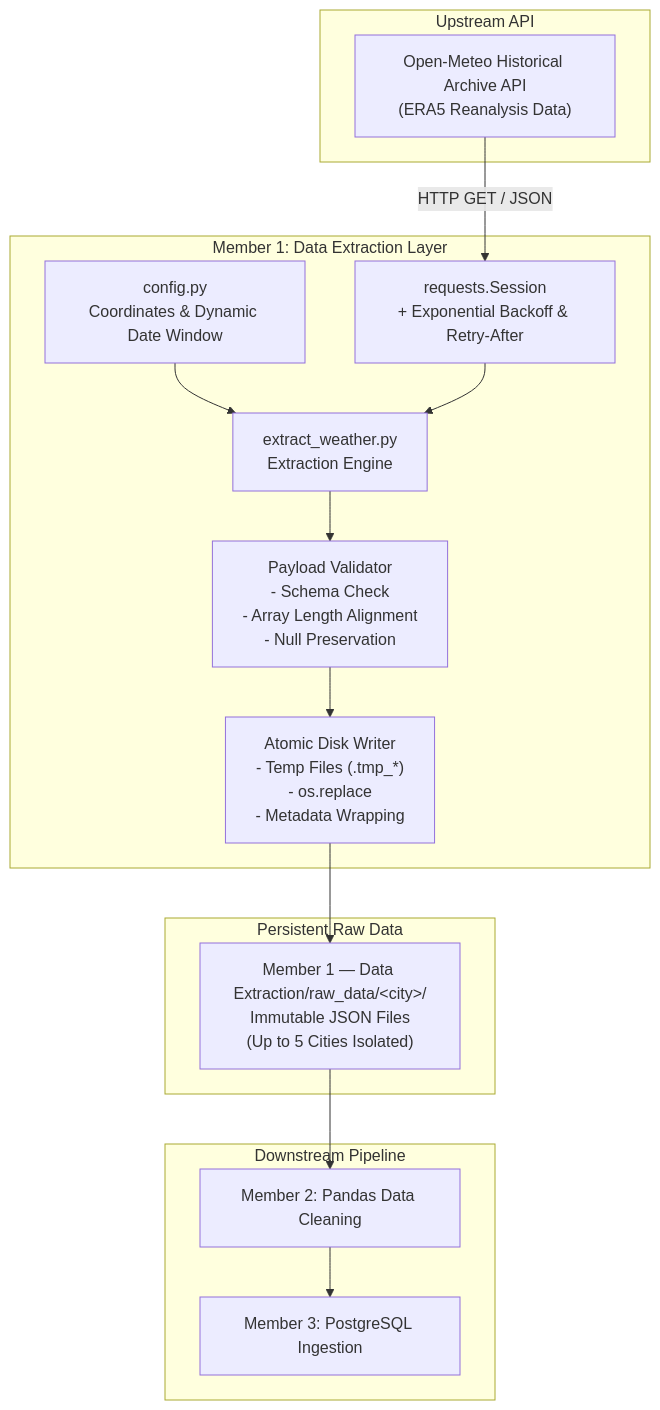
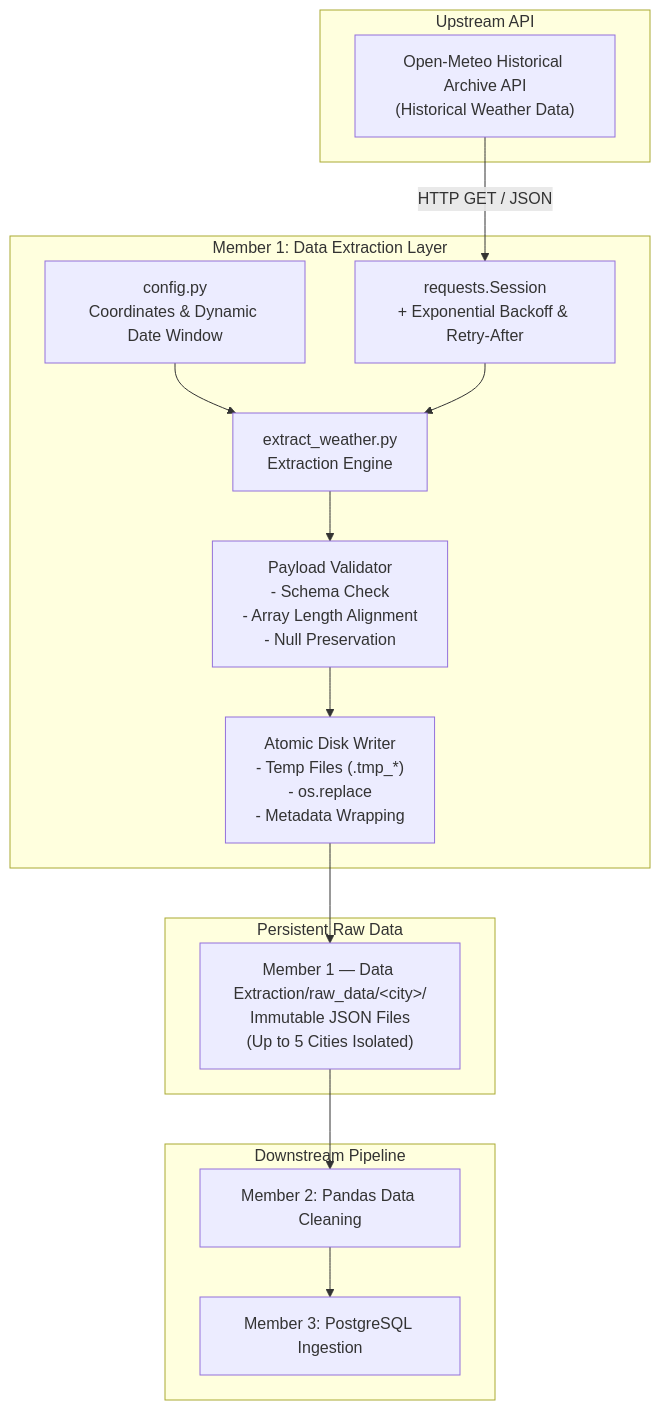
Before and after one commit to usefx007/Weather-Data-Pipeline-with-Python-and-PostgreSQL: the diagram in README.md, drawn with Mermaid. The commit also changed other lines of this file, not shown here.

````diff
--- a/README.md
+++ b/README.md
@@ -28,23 +28,23 @@
 ```mermaid
 flowchart TD
     subgraph Upstream ["Upstream API"]
-        API["Open-Meteo Historical Archive API<br/>(ERA5 Reanalysis Data)"]
+        API["Open-Meteo Historical Archive API<br/>(Historical Weather Data)"]
     end
 
     subgraph Member1 ["Member 1: Data Extraction Layer"]
         CFG["config.py<br/>Coordinates & Dynamic Date Window"] --> ENGINE["extract_weather.py<br/>Extraction Engine"]
         API -->|HTTP GET / JSON| SESS["requests.Session<br/>+ Exponential Backoff & Retry-After"]
         SESS --> ENGINE
         ENGINE --> VAL["Payload Validator<br/>- Schema Check<br/>- Array Length Alignment<br/>- Null Preservation"]
         VAL --> ATOMIC["Atomic Disk Writer<br/>- Temp Files (.tmp_*)<br/>- os.replace<br/>- Metadata Wrapping"]
     end
 
     subgraph Storage ["Persistent Raw Data"]
         ATOMIC --> RAW["Member 1 — Data Extraction/raw_data/&lt;city&gt;/<br/>Immutable JSON Files<br/>(Up to 5 Cities Isolated)"]
     end
 
     subgraph Downstream ["Downstream Pipeline"]
         RAW --> M2["Member 2: Pandas Data Cleaning"]
         M2 --> M3["Member 3: PostgreSQL Ingestion"]
     end
 ```
````
